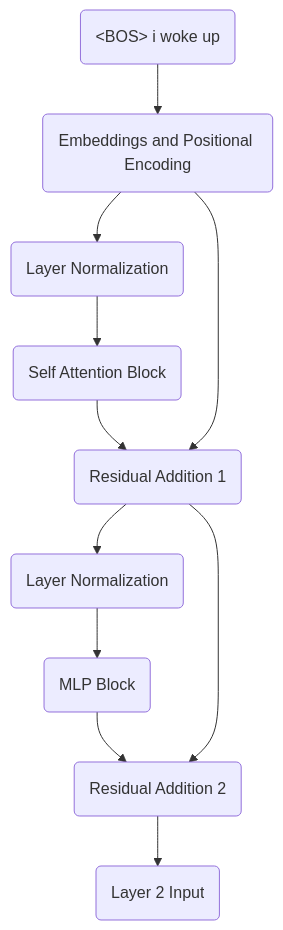
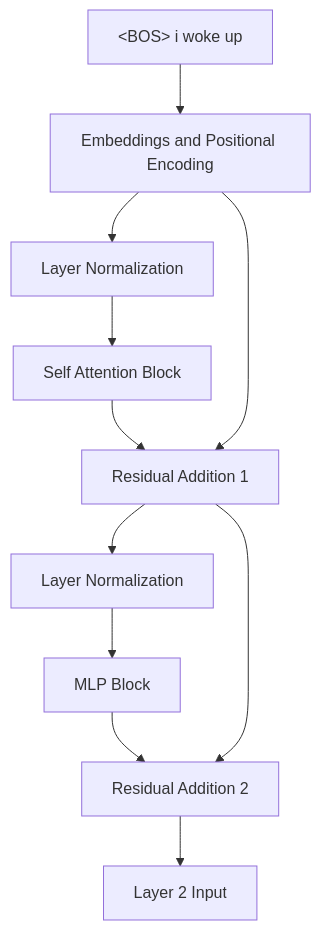
Before and after one commit to Lyd1aCla1r3/lyd1acla1r3.github.io: diagram 12 of 16 in blog/content/series/transformers/body.md, drawn with Mermaid. The commit also changed other lines of this file and 114 other files, not shown here.

````diff
--- a/blog/content/series/transformers/body.md
+++ b/blog/content/series/transformers/body.md
@@ -1431,13 +1523,13 @@
 ```mermaid
 graph TD
-    A("&lt;BOS&gt; i woke up") --> B("Embeddings and Positional Encoding")
-    B --> C("Layer Normalization")
-    C --> D("Self Attention Block")
-    D --> E("Residual Addition 1")
+    A["&lt;BOS&gt; i woke up"] --> B["Embeddings and Positional Encoding"]
+    B --> C["Layer Normalization"]
+    C --> D["Self Attention Block"]
+    D --> E["Residual Addition 1"]
     B --> E
-    E --> F("Layer Normalization")
-    F --> G("MLP Block")
-    G --> H("Residual Addition 2")
+    E --> F["Layer Normalization"]
+    F --> G["MLP Block"]
+    G --> H["Residual Addition 2"]
     E --> H
-    H --> I("Layer 2 Input")
+    H --> I["Layer 2 Input"]
 ```
````
